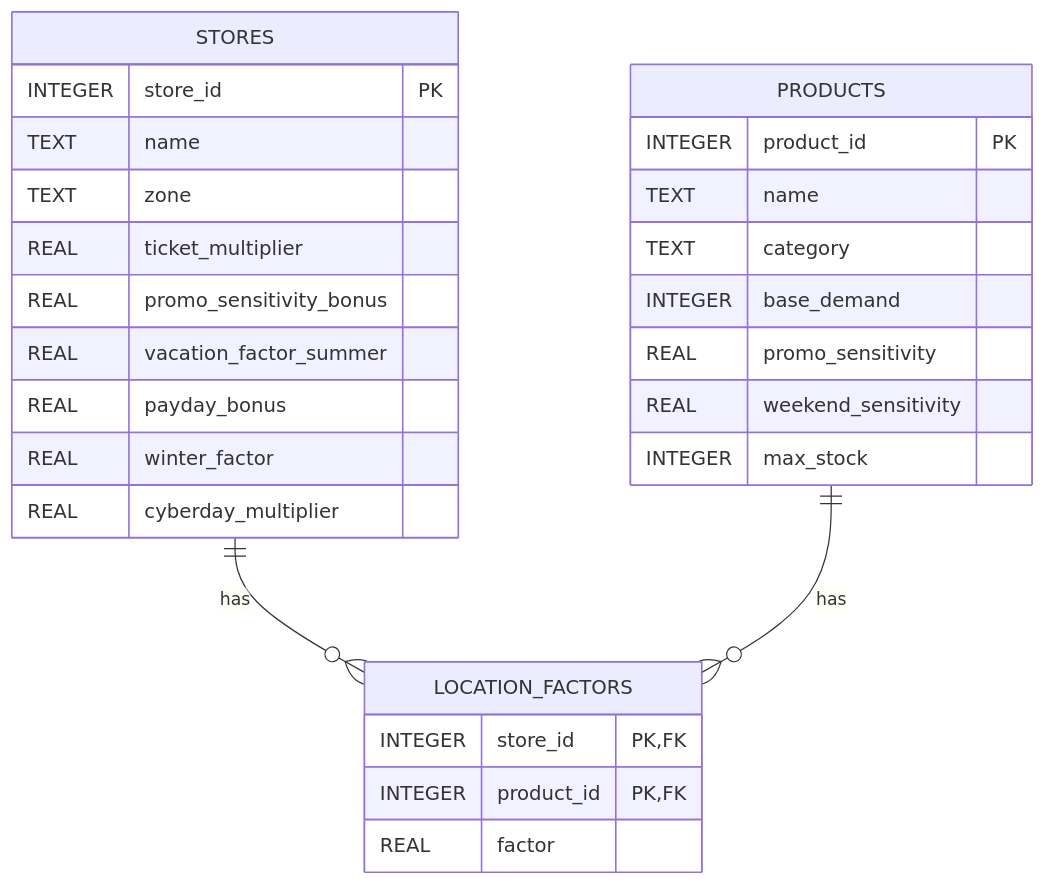
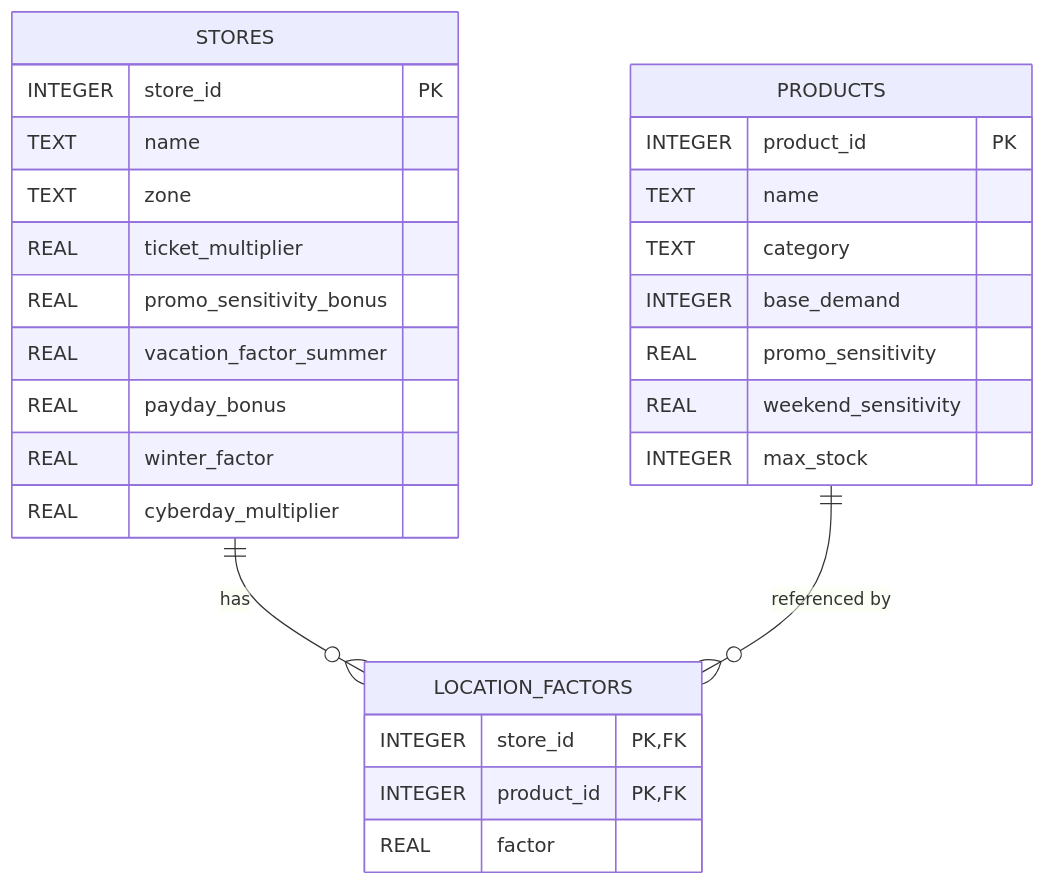
Before and after one commit to adroguetth/Sales-Monitoring-Engine: the third of 4 diagrams in Documentation_EN/1_0.master_tables_generator.md, drawn with Mermaid. The commit also changed other lines of this file, not shown here.

````diff
--- a/Documentation_EN/1_0.master_tables_generator.md
+++ b/Documentation_EN/1_0.master_tables_generator.md
@@ -93,33 +150,33 @@
 ```mermaid
 erDiagram
     PRODUCTS {
         INTEGER product_id PK
         TEXT name
         TEXT category
         INTEGER base_demand
         REAL promo_sensitivity
         REAL weekend_sensitivity
         INTEGER max_stock
     }
-    
+
     STORES {
         INTEGER store_id PK
         TEXT name
         TEXT zone
         REAL ticket_multiplier
         REAL promo_sensitivity_bonus
         REAL vacation_factor_summer
         REAL payday_bonus
         REAL winter_factor
         REAL cyberday_multiplier
     }
-    
+
     LOCATION_FACTORS {
         INTEGER store_id PK,FK
         INTEGER product_id PK,FK
         REAL factor
     }
-    
+
     STORES ||--o{ LOCATION_FACTORS : "has"
-    PRODUCTS ||--o{ LOCATION_FACTORS : "has"
+    PRODUCTS ||--o{ LOCATION_FACTORS : "referenced by"
 ```
````
